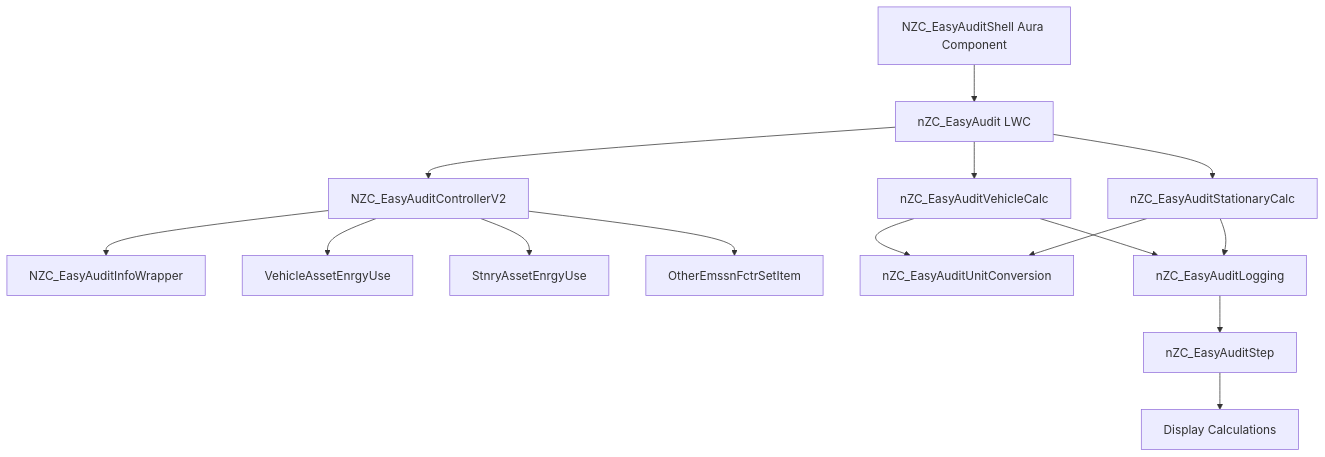
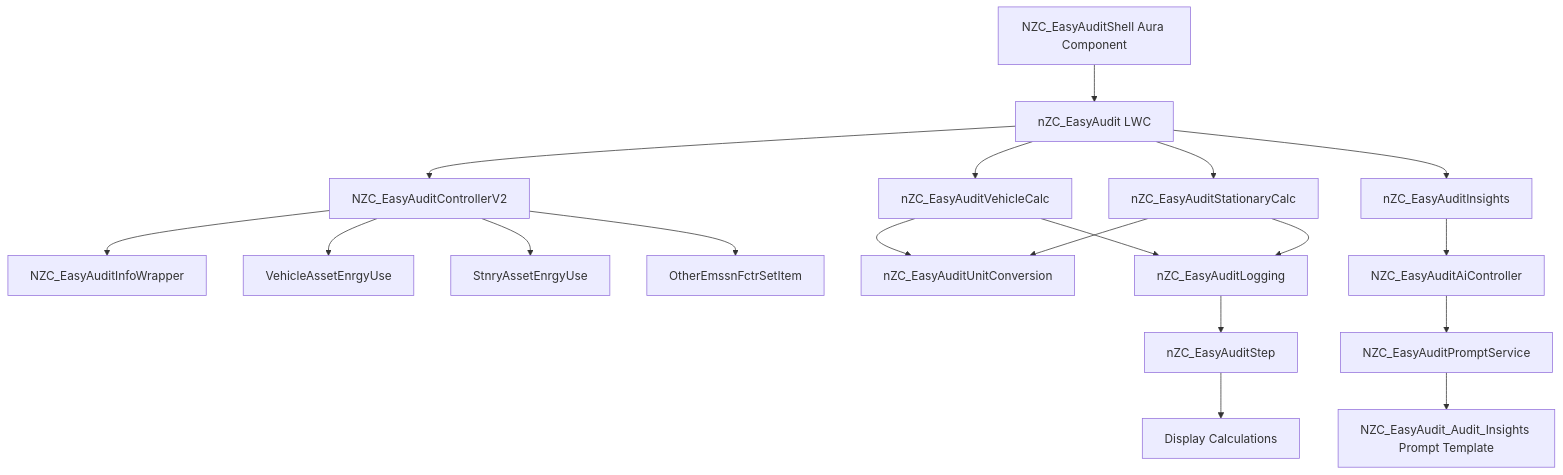
Before and after one commit to salesforce-misc/NZC-EasyAudit: the diagram in README.md, drawn with Mermaid. The commit also changed other lines of this file and 28 other files, not shown here.

First line of the commit message:
Add AI audit-trail insights panel to the EasyAudit card

````diff
--- a/README.md
+++ b/README.md
@@ -198,17 +225,21 @@
 ```mermaid
 graph TB
     A[NZC_EasyAuditShell Aura Component] --> B[nZC_EasyAudit LWC]
     B --> C[NZC_EasyAuditControllerV2]
     C --> D[NZC_EasyAuditInfoWrapper]
     C --> E[VehicleAssetEnrgyUse]
     C --> F[StnryAssetEnrgyUse]
     C --> G[OtherEmssnFctrSetItem]
     B --> H[nZC_EasyAuditVehicleCalc]
     B --> I[nZC_EasyAuditStationaryCalc]
     H --> J[nZC_EasyAuditUnitConversion]
     I --> J
     H --> K[nZC_EasyAuditLogging]
     I --> K
     K --> L[nZC_EasyAuditStep]
     L --> M[Display Calculations]
+    B --> N[nZC_EasyAuditInsights]
+    N --> O[NZC_EasyAuditAiController]
+    O --> P[NZC_EasyAuditPromptService]
+    P --> Q[NZC_EasyAudit_Audit_Insights Prompt Template]
 ```
````
